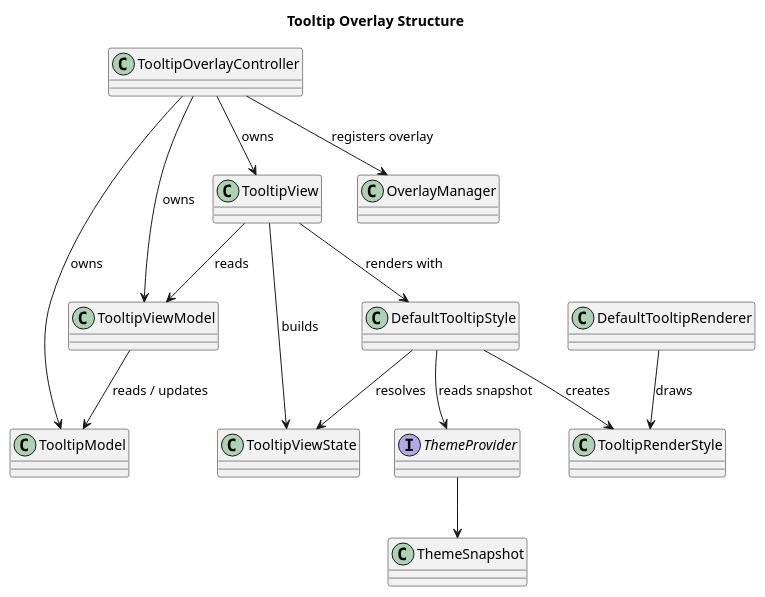
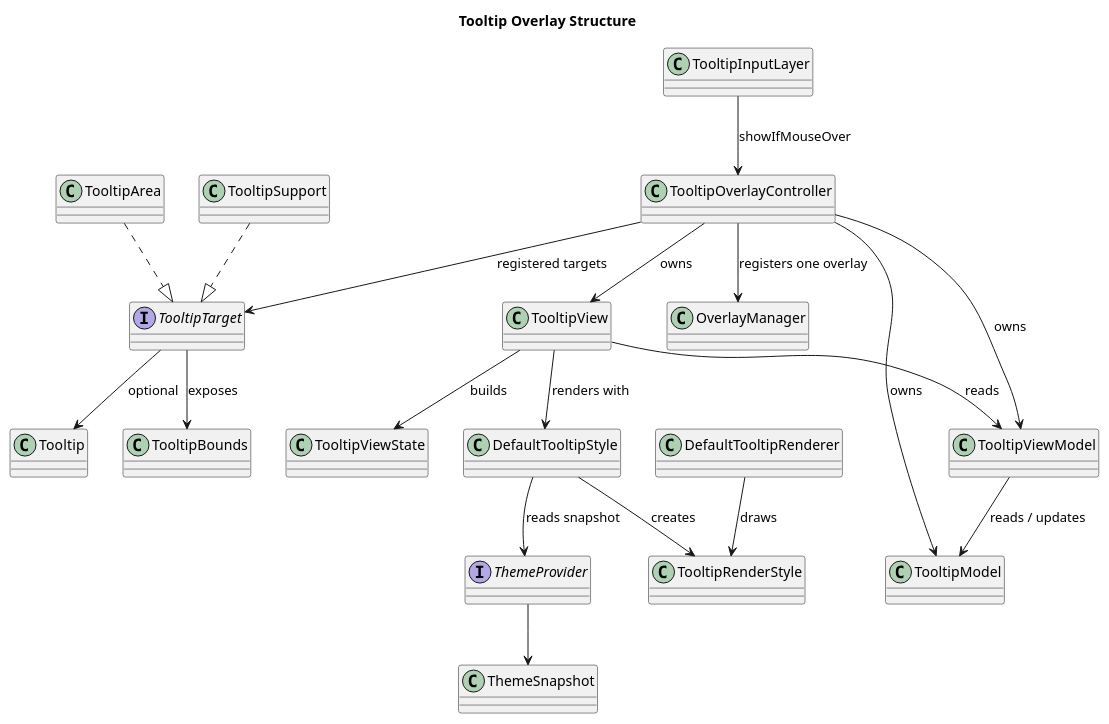
The diagram in docs/uml/control_tooltip.puml (cdpoloz/cpz-mvvm-processing-controls), drawn with PlantUML before and after one commit. The commit also changed 72 other files, not shown here.

```diff
--- a/docs/uml/control_tooltip.puml
+++ b/docs/uml/control_tooltip.puml
@@ -1,31 +1,42 @@
 @startuml
 title Tooltip Overlay Structure
 skinparam packageStyle rectangle
 skinparam shadowing false
 
+class Tooltip
+class TooltipBounds
+interface TooltipTarget
+class TooltipArea
+class TooltipSupport
+class TooltipInputLayer
 class TooltipOverlayController
 class TooltipModel
 class TooltipViewModel
 class TooltipView
 class TooltipViewState
 class DefaultTooltipStyle
 class TooltipRenderStyle
 class DefaultTooltipRenderer
 class OverlayManager
 interface ThemeProvider
 class ThemeSnapshot
 
+TooltipArea ..|> TooltipTarget
+TooltipSupport ..|> TooltipTarget
+TooltipTarget --> Tooltip : optional
+TooltipTarget --> TooltipBounds : exposes
+TooltipInputLayer --> TooltipOverlayController : showIfMouseOver
+TooltipOverlayController --> TooltipTarget : registered targets
+TooltipOverlayController --> OverlayManager : registers one overlay
 TooltipOverlayController --> TooltipModel : owns
 TooltipOverlayController --> TooltipViewModel : owns
 TooltipOverlayController --> TooltipView : owns
-TooltipOverlayController --> OverlayManager : registers overlay
 TooltipViewModel --> TooltipModel : reads / updates
 TooltipView --> TooltipViewModel : reads
 TooltipView --> TooltipViewState : builds
 TooltipView --> DefaultTooltipStyle : renders with
 DefaultTooltipStyle --> ThemeProvider : reads snapshot
 ThemeProvider --> ThemeSnapshot
-DefaultTooltipStyle --> TooltipViewState : resolves
 DefaultTooltipStyle --> TooltipRenderStyle : creates
 DefaultTooltipRenderer --> TooltipRenderStyle : draws
 @enduml
```
